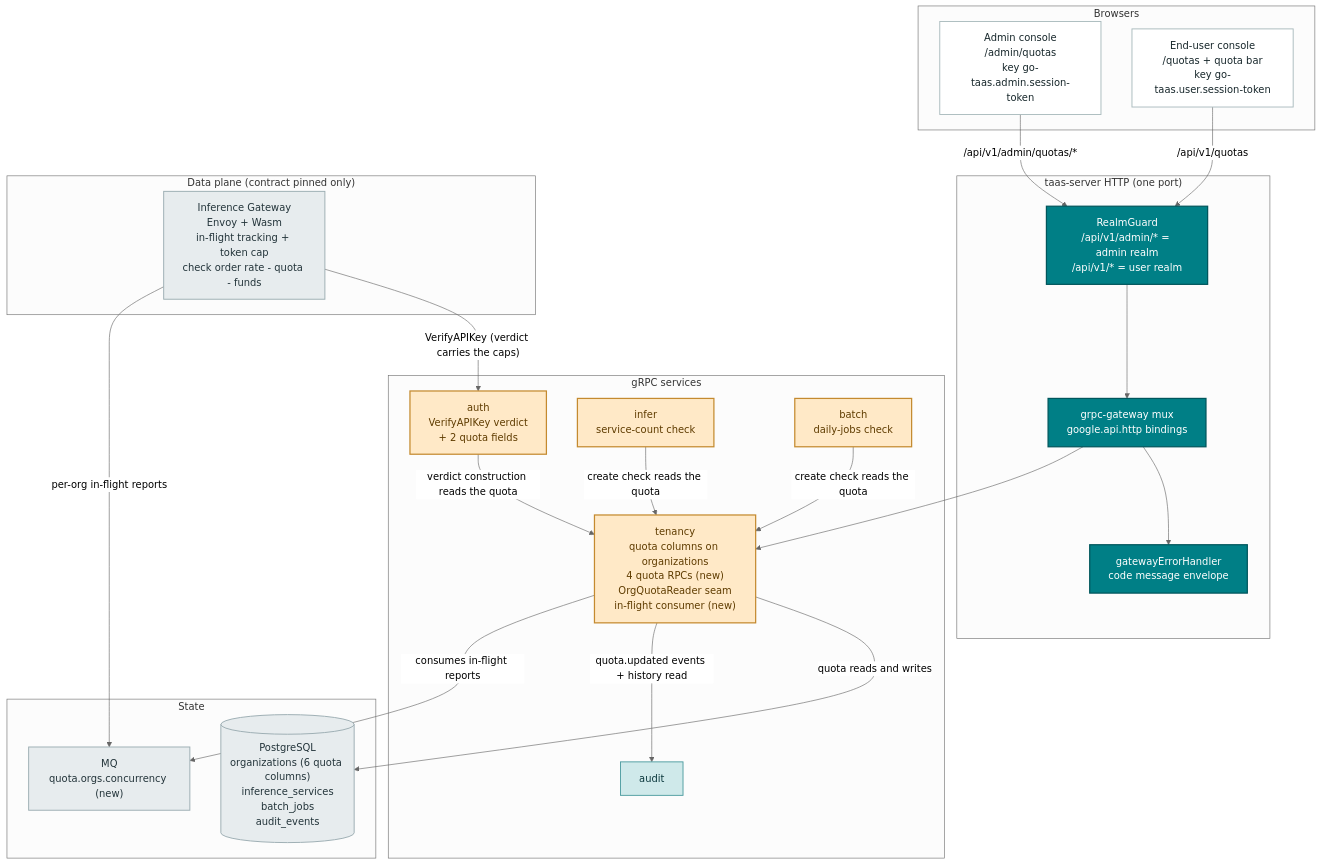
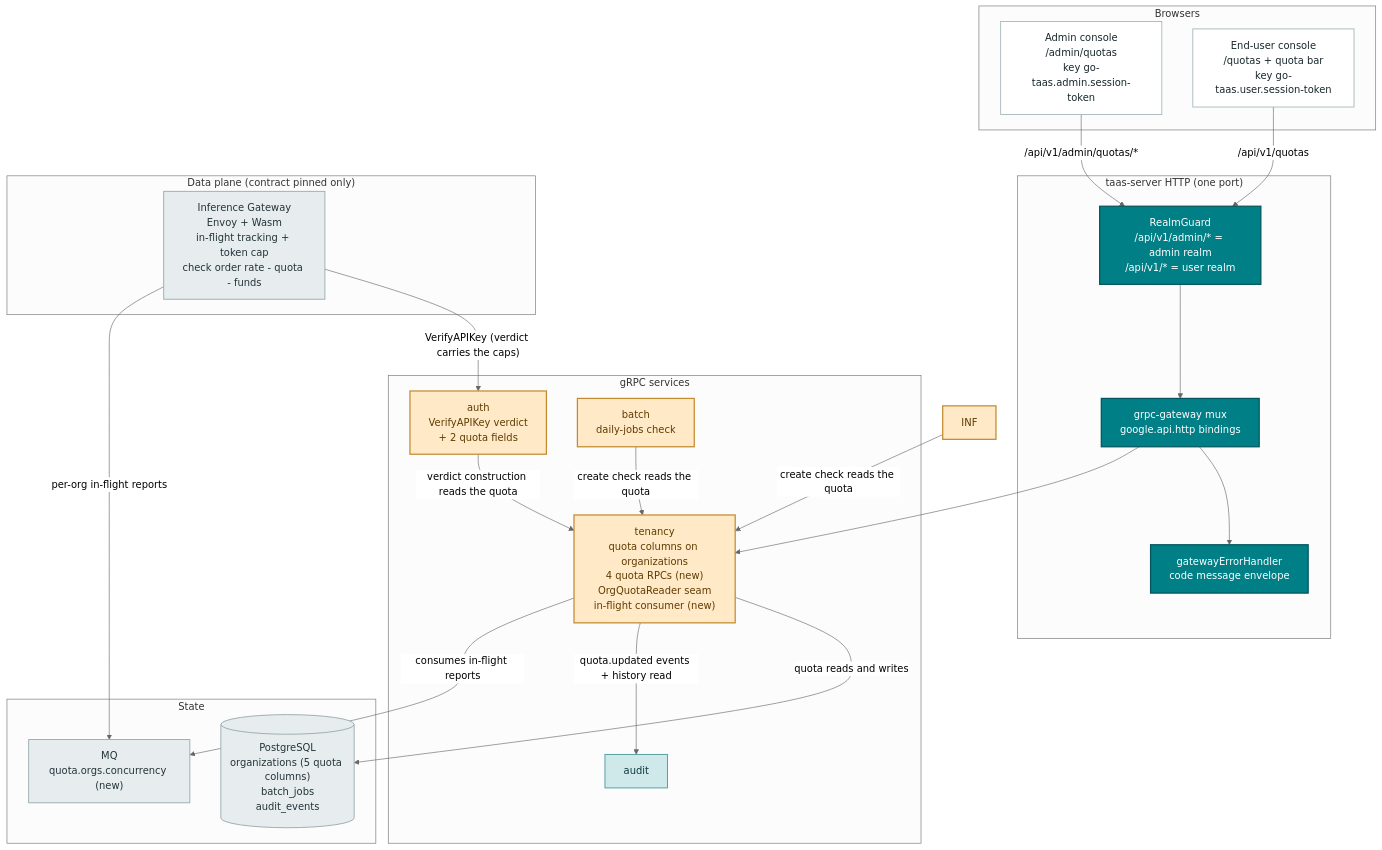
Before and after one commit to go-taas/go-taas: the first of 5 diagrams in site/docs/architecture/service-quota-management.md, drawn with Mermaid (neutral theme). The commit also changed other lines of this file and 41 other files, not shown here.

````diff
--- a/site/docs/architecture/service-quota-management.md
+++ b/site/docs/architecture/service-quota-management.md
@@ -97,54 +97,53 @@
 ```mermaid
 flowchart TD
     subgraph browsers["Browsers"]
         AC["Admin console<br/>/admin/quotas<br/>key go-taas.admin.session-token"]
         UC["End-user console<br/>/quotas + quota bar<br/>key go-taas.user.session-token"]
     end
 
     subgraph gateway["taas-server HTTP (one port)"]
         GUARD["RealmGuard<br/>/api/v1/admin/* = admin realm<br/>/api/v1/* = user realm"]
         MUX["grpc-gateway mux<br/>google.api.http bindings"]
         ERR["gatewayErrorHandler<br/>code message envelope"]
     end
 
     subgraph services["gRPC services"]
         TEN["tenancy<br/>quota columns on organizations<br/>4 quota RPCs (new)<br/>OrgQuotaReader seam<br/>in-flight consumer (new)"]
         AUTH["auth<br/>VerifyAPIKey verdict<br/>+ 2 quota fields"]
-        INF["infer<br/>service-count check"]
         BAT["batch<br/>daily-jobs check"]
         AUD["audit"]
     end
 
     subgraph dataplane["Data plane (contract pinned only)"]
         DGW["Inference Gateway<br/>Envoy + Wasm<br/>in-flight tracking + token cap<br/>check order rate - quota - funds"]
     end
 
     subgraph stores["State"]
-        PG[("PostgreSQL<br/>organizations (6 quota columns)<br/>inference_services<br/>batch_jobs<br/>audit_events")]
+        PG[("PostgreSQL<br/>organizations (5 quota columns)<br/>batch_jobs<br/>audit_events")]
         MQ["MQ<br/>quota.orgs.concurrency (new)"]
     end
 
     AC -->|"/api/v1/admin/quotas/*"| GUARD
     UC -->|"/api/v1/quotas"| GUARD
     GUARD --> MUX
     MUX --> ERR
     MUX --> TEN
     TEN -->|"quota reads and writes"| PG
     TEN -->|"quota.updated events + history read"| AUD
     TEN -->|"consumes in-flight reports"| MQ
     AUTH -->|"verdict construction reads the quota"| TEN
     INF -->|"create check reads the quota"| TEN
     BAT -->|"create check reads the quota"| TEN
     DGW -->|"VerifyAPIKey (verdict carries the caps)"| AUTH
     DGW -->|"per-org in-flight reports"| MQ
     classDef edge fill:#007F86,stroke:#00565C,stroke-width:2px,color:#FFFFFF
     classDef svc fill:#CFE9EA,stroke:#4E9CA0,stroke-width:1.5px,color:#0B383D
     classDef chg fill:#FFE9C7,stroke:#C48A2F,stroke-width:2px,color:#5F3C00
     classDef store fill:#E7ECEE,stroke:#9AACB1,stroke-width:1.5px,color:#23343A
     classDef consumer fill:#FFFFFF,stroke:#A9BABD,stroke-width:1.5px,color:#17272B
     class AC,UC consumer
     class GUARD,MUX,ERR edge
     class TEN,AUTH,INF,BAT chg
     class AUD svc
     class PG,MQ,DGW store
 ```
````
